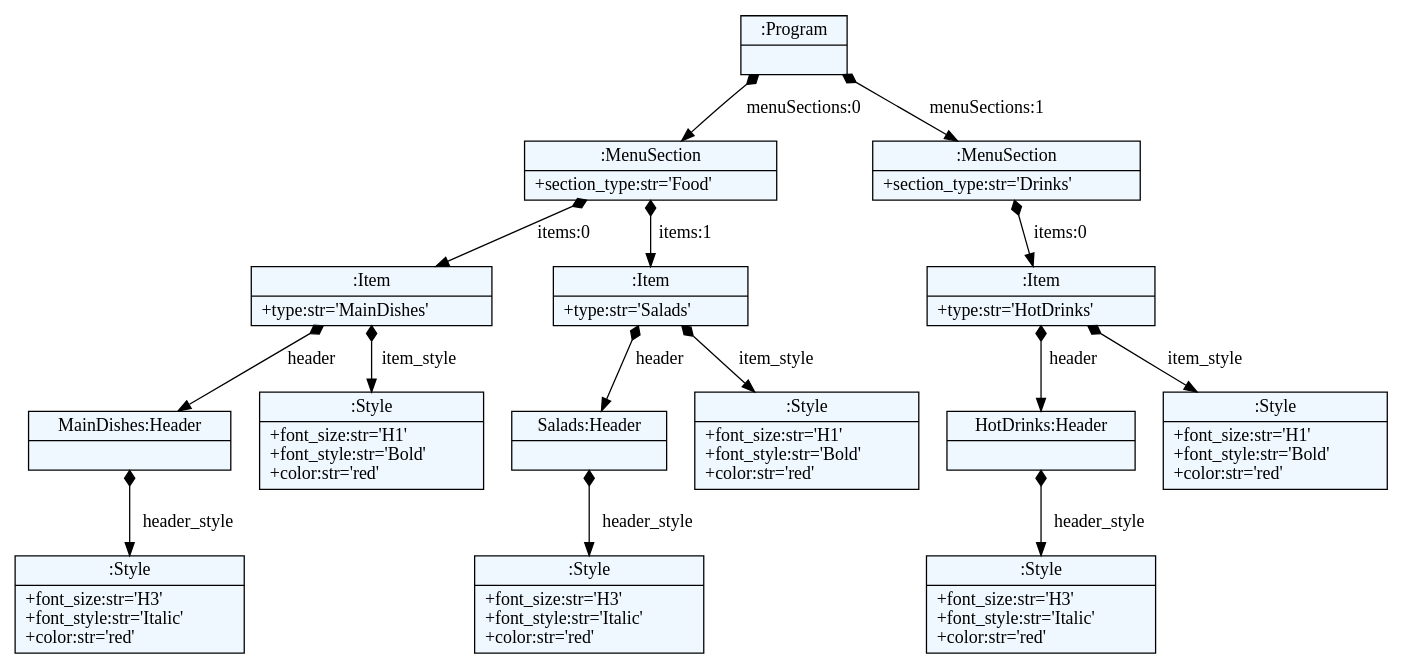
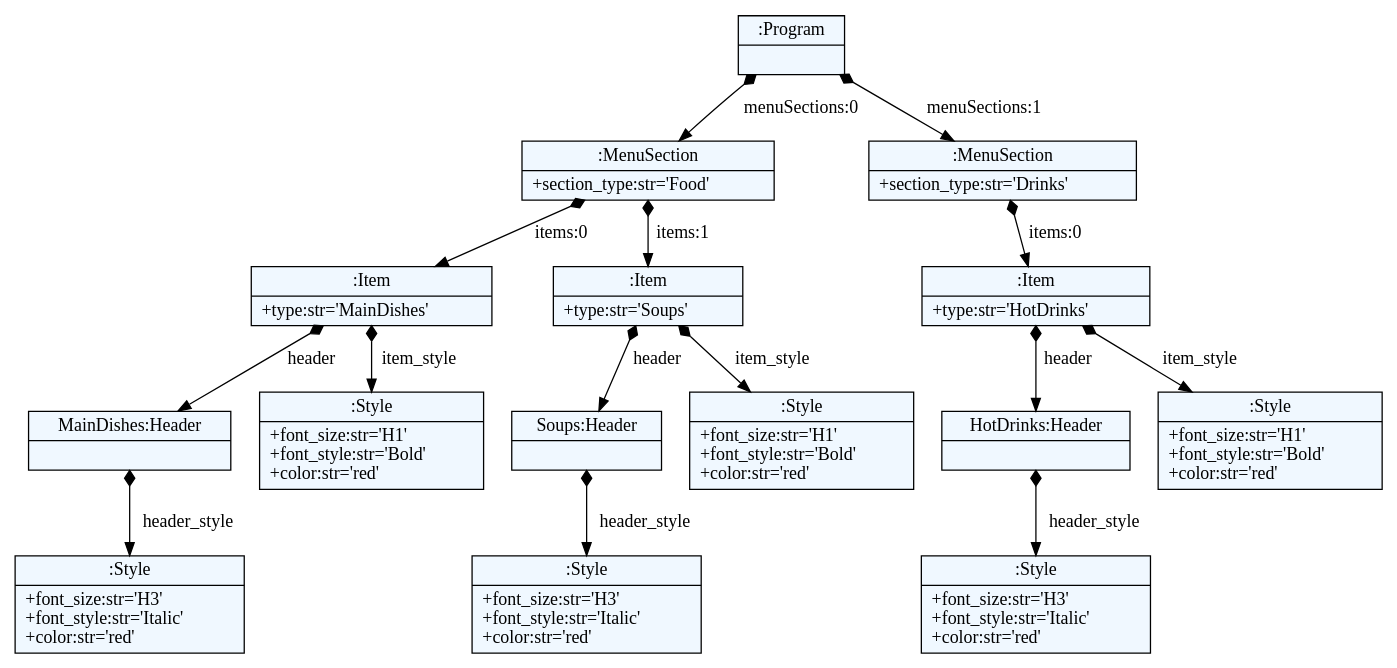
Before and after one commit to marijamilanovic/DSL: the diagram in menuDSL/example.dot, drawn with Graphviz. The commit also changed 3 other files, not shown here.

```diff
--- a/menuDSL/example.dot
+++ b/menuDSL/example.dot
@@ -1,44 +1,44 @@
 
     digraph textX {
     fontname = "Bitstream Vera Sans"
     fontsize = 8
     node[
         shape=record,
         style=filled,
         fillcolor=aliceblue
     ]
     nodesep = 0.3
     edge[dir=black,arrowtail=empty]
 
 
-2240674276160 -> 2240674276880 [label="menuSections:0" arrowtail=diamond dir=both]
-2240674276880 -> 2240674277072 [label="items:0" arrowtail=diamond dir=both]
-2240674277072 -> 2240674275824 [label="header" arrowtail=diamond dir=both]
-2240674275824 -> 2240674275968 [label="header_style" arrowtail=diamond dir=both]
-2240674275968[label="{:Style|+font_size:str='H3'\l+font_style:str='Italic'\l+color:str='red'\l}"]
-2240674275824[label="{MainDishes:Header|}"]
-2240674277072 -> 2240674275920 [label="item_style" arrowtail=diamond dir=both]
-2240674275920[label="{:Style|+font_size:str='H1'\l+font_style:str='Bold'\l+color:str='red'\l}"]
-2240674277072[label="{:Item|+type:str='MainDishes'\l}"]
-2240674276880 -> 2240674277120 [label="items:1" arrowtail=diamond dir=both]
-2240674277120 -> 2240674277264 [label="header" arrowtail=diamond dir=both]
-2240674277264 -> 2240674277408 [label="header_style" arrowtail=diamond dir=both]
-2240674277408[label="{:Style|+font_size:str='H3'\l+font_style:str='Italic'\l+color:str='red'\l}"]
-2240674277264[label="{Salads:Header|}"]
-2240674277120 -> 2240674277360 [label="item_style" arrowtail=diamond dir=both]
-2240674277360[label="{:Style|+font_size:str='H1'\l+font_style:str='Bold'\l+color:str='red'\l}"]
-2240674277120[label="{:Item|+type:str='Salads'\l}"]
-2240674276880[label="{:MenuSection|+section_type:str='Food'\l}"]
-2240674276160 -> 2240674276976 [label="menuSections:1" arrowtail=diamond dir=both]
-2240674276976 -> 2240674277504 [label="items:0" arrowtail=diamond dir=both]
-2240674277504 -> 2240674277600 [label="header" arrowtail=diamond dir=both]
-2240674277600 -> 2240674277744 [label="header_style" arrowtail=diamond dir=both]
-2240674277744[label="{:Style|+font_size:str='H3'\l+font_style:str='Italic'\l+color:str='red'\l}"]
-2240674277600[label="{HotDrinks:Header|}"]
-2240674277504 -> 2240674277696 [label="item_style" arrowtail=diamond dir=both]
-2240674277696[label="{:Style|+font_size:str='H1'\l+font_style:str='Bold'\l+color:str='red'\l}"]
-2240674277504[label="{:Item|+type:str='HotDrinks'\l}"]
-2240674276976[label="{:MenuSection|+section_type:str='Drinks'\l}"]
-2240674276160[label="{:Program|}"]
+2219610575664 -> 2219610576864 [label="menuSections:0" arrowtail=diamond dir=both]
+2219610576864 -> 2219610584928 [label="items:0" arrowtail=diamond dir=both]
+2219610584928 -> 2219610585072 [label="header" arrowtail=diamond dir=both]
+2219610585072 -> 2219610585216 [label="header_style" arrowtail=diamond dir=both]
+2219610585216[label="{:Style|+font_size:str='H3'\l+font_style:str='Italic'\l+color:str='red'\l}"]
+2219610585072[label="{MainDishes:Header|}"]
+2219610584928 -> 2219610585168 [label="item_style" arrowtail=diamond dir=both]
+2219610585168[label="{:Style|+font_size:str='H1'\l+font_style:str='Bold'\l+color:str='red'\l}"]
+2219610584928[label="{:Item|+type:str='MainDishes'\l}"]
+2219610576864 -> 2219610584976 [label="items:1" arrowtail=diamond dir=both]
+2219610584976 -> 2219610585264 [label="header" arrowtail=diamond dir=both]
+2219610585264 -> 2219610585408 [label="header_style" arrowtail=diamond dir=both]
+2219610585408[label="{:Style|+font_size:str='H3'\l+font_style:str='Italic'\l+color:str='red'\l}"]
+2219610585264[label="{Soups:Header|}"]
+2219610584976 -> 2219610585360 [label="item_style" arrowtail=diamond dir=both]
+2219610585360[label="{:Style|+font_size:str='H1'\l+font_style:str='Bold'\l+color:str='red'\l}"]
+2219610584976[label="{:Item|+type:str='Soups'\l}"]
+2219610576864[label="{:MenuSection|+section_type:str='Food'\l}"]
+2219610575664 -> 2219610576192 [label="menuSections:1" arrowtail=diamond dir=both]
+2219610576192 -> 2219610585504 [label="items:0" arrowtail=diamond dir=both]
+2219610585504 -> 2219610585600 [label="header" arrowtail=diamond dir=both]
+2219610585600 -> 2219610585744 [label="header_style" arrowtail=diamond dir=both]
+2219610585744[label="{:Style|+font_size:str='H3'\l+font_style:str='Italic'\l+color:str='red'\l}"]
+2219610585600[label="{HotDrinks:Header|}"]
+2219610585504 -> 2219610585696 [label="item_style" arrowtail=diamond dir=both]
+2219610585696[label="{:Style|+font_size:str='H1'\l+font_style:str='Bold'\l+color:str='red'\l}"]
+2219610585504[label="{:Item|+type:str='HotDrinks'\l}"]
+2219610576192[label="{:MenuSection|+section_type:str='Drinks'\l}"]
+2219610575664[label="{:Program|}"]
 
 }
```
